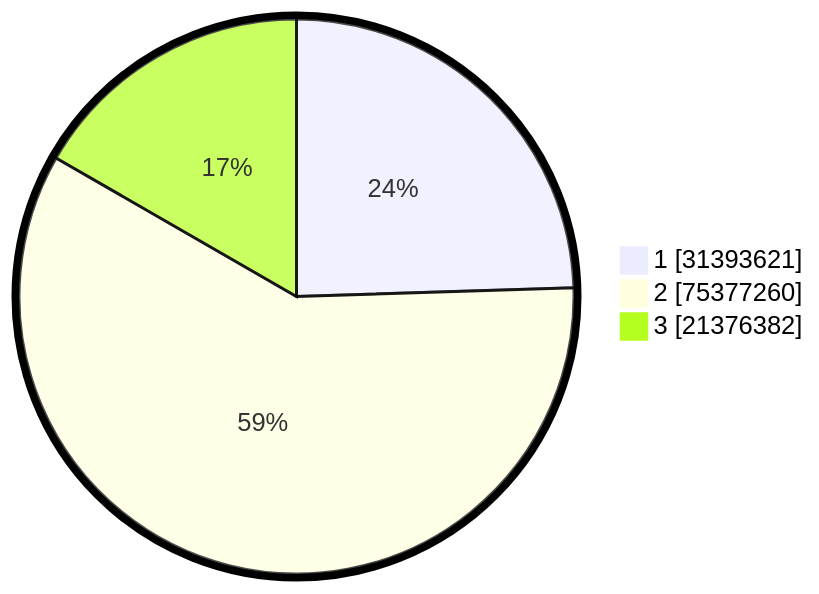
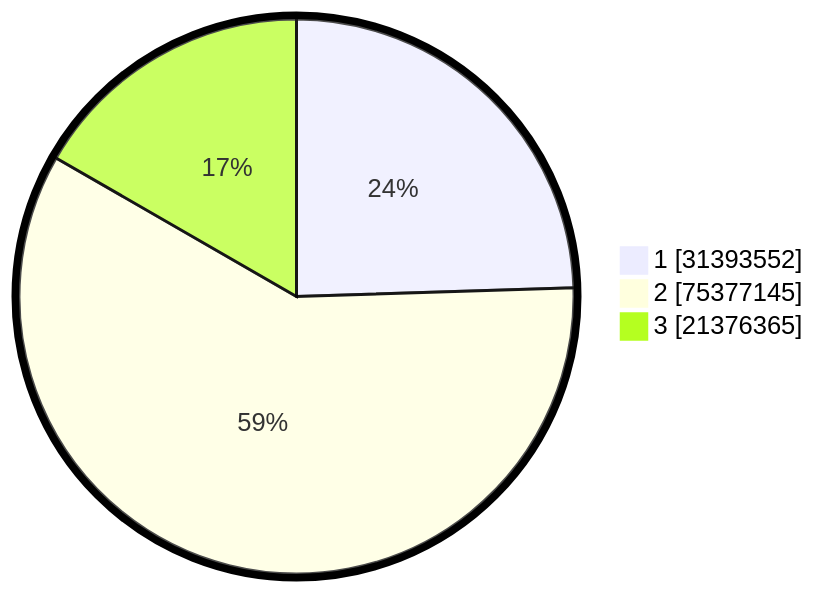
One commit to gigit-pemilu/pemilu-2024 changed the second of 2 diagrams in pilpres/hitung-suara/README.md. Above: the diagram before and after it, drawn with Mermaid. The commit also changed other lines of this file and 4 other files, not shown here.

````diff
--- a/pilpres/hitung-suara/README.md
+++ b/pilpres/hitung-suara/README.md
@@ -93,7 +93,7 @@
 ```mermaid
 %%{init: {"pie": {"textPosition": 0.5}, "themeVariables": {"pieOuterStrokeWidth": "5px"}} }%%
 pie showData
-    "1" : 31393621
-    "2" : 75377260
-    "3" : 21376382
+    "1" : 31393552
+    "2" : 75377145
+    "3" : 21376365
 ```
````
